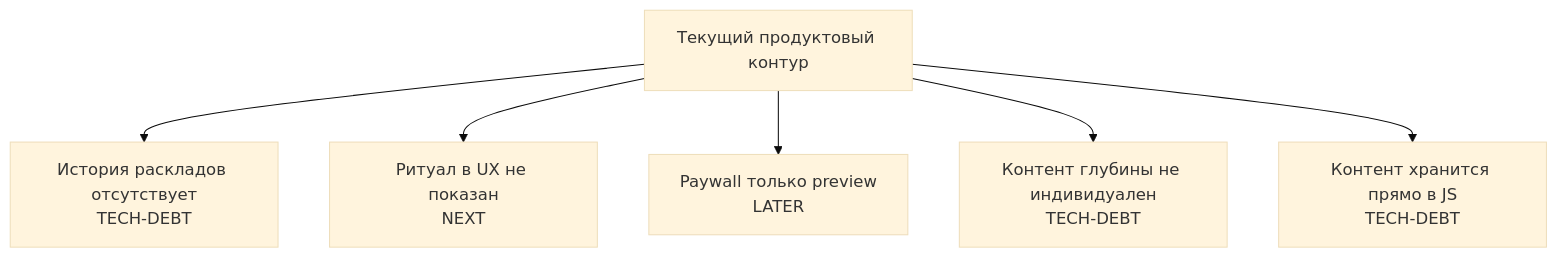
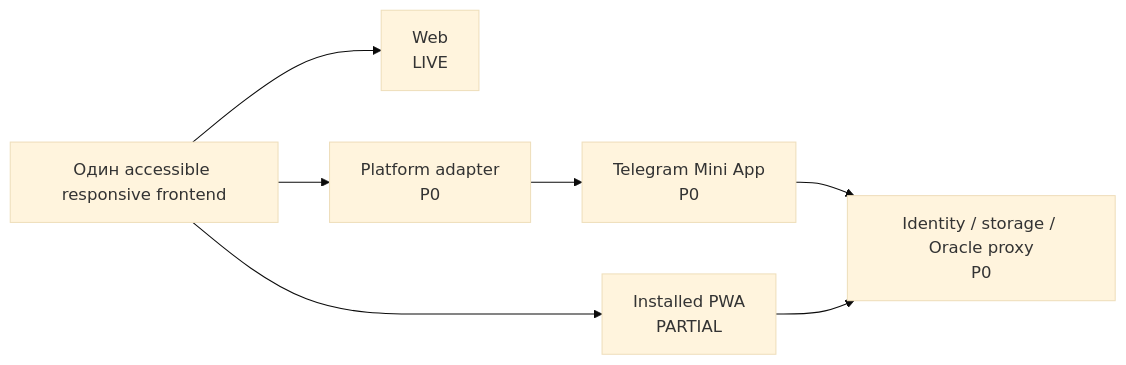
The third of 4 diagrams in docs/ROADMAP_VISUAL.md (YukiSakura13/WYRD), drawn with Mermaid (base theme) before and after one commit. The commit also changed other lines of this file and 11 other files, not shown here.

````diff
--- a/docs/ROADMAP_VISUAL.md
+++ b/docs/ROADMAP_VISUAL.md
@@ -124,8 +46,9 @@
 ```mermaid
-flowchart TD
-    A["Текущий продуктовый контур"] --> B["История раскладов отсутствует<br/>TECH-DEBT"]
-    A --> C["Ритуал в UX не показан<br/>NEXT"]
-    A --> D["Paywall только preview<br/>LATER"]
-    A --> E["Контент глубины не индивидуален<br/>TECH-DEBT"]
-    A --> F["Контент хранится прямо в JS<br/>TECH-DEBT"]
+flowchart LR
+    Frontend["Один accessible responsive frontend"] --> Web["Web<br/>LIVE"]
+    Frontend --> PWA["Installed PWA<br/>PARTIAL"]
+    Frontend --> Adapter["Platform adapter<br/>P0"]
+    Adapter --> Telegram["Telegram Mini App<br/>P0"]
+    Telegram --> Backend["Identity / storage / Oracle proxy<br/>P0"]
+    PWA --> Backend
 ```
````
